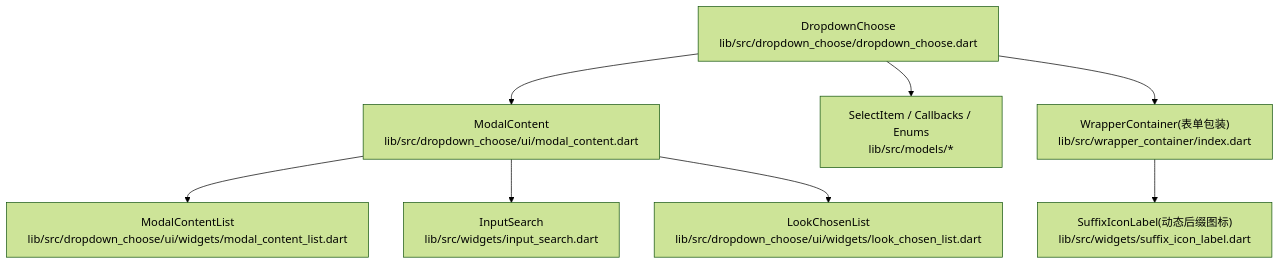
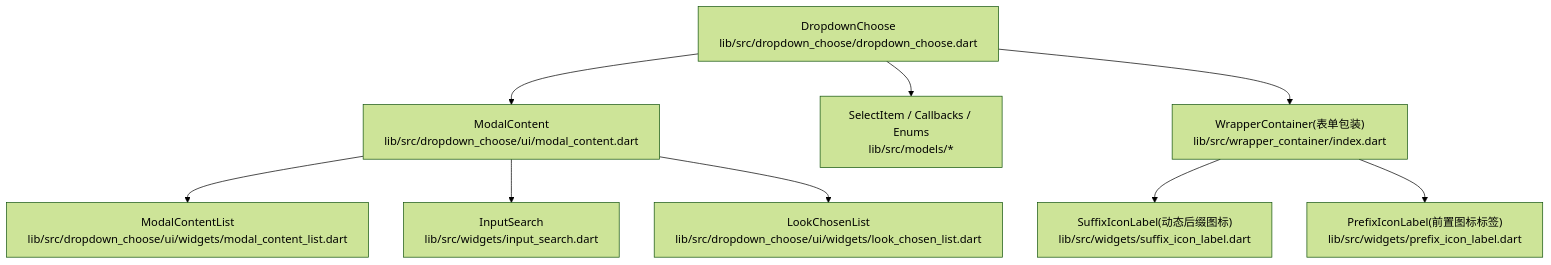
The first of 3 diagrams in .qoder/repowiki/zh/content/API 参考/高级组件 API/DropdownChoose 下拉选择器 API.md (yuzhido/lite-ui), drawn with Mermaid (forest theme) before and after one commit. The commit also changed other lines of this file and 14 other files, not shown here.

````diff
--- a/.qoder/repowiki/zh/content/API 参考/高级组件 API/DropdownChoose 下拉选择器 API.md
+++ b/.qoder/repowiki/zh/content/API 参考/高级组件 API/DropdownChoose 下拉选择器 API.md
@@ -49,10 +50,11 @@
 ```mermaid
 graph TB
 A["DropdownChoose<br/>lib/src/dropdown_choose/dropdown_choose.dart"] --> B["ModalContent<br/>lib/src/dropdown_choose/ui/modal_content.dart"]
 B --> C["ModalContentList<br/>lib/src/dropdown_choose/ui/widgets/modal_content_list.dart"]
 B --> D["InputSearch<br/>lib/src/widgets/input_search.dart"]
 B --> E["LookChosenList<br/>lib/src/dropdown_choose/ui/widgets/look_chosen_list.dart"]
 A --> F["SelectItem / Callbacks / Enums<br/>lib/src/models/*"]
 A --> G["WrapperContainer(表单包装)<br/>lib/src/wrapper_container/index.dart"]
 G --> H["SuffixIconLabel(动态后缀图标)<br/>lib/src/widgets/suffix_icon_label.dart"]
+G --> I["PrefixIconLabel(前置图标标签)<br/>lib/src/widgets/prefix_icon_label.dart"]
 ```
````
